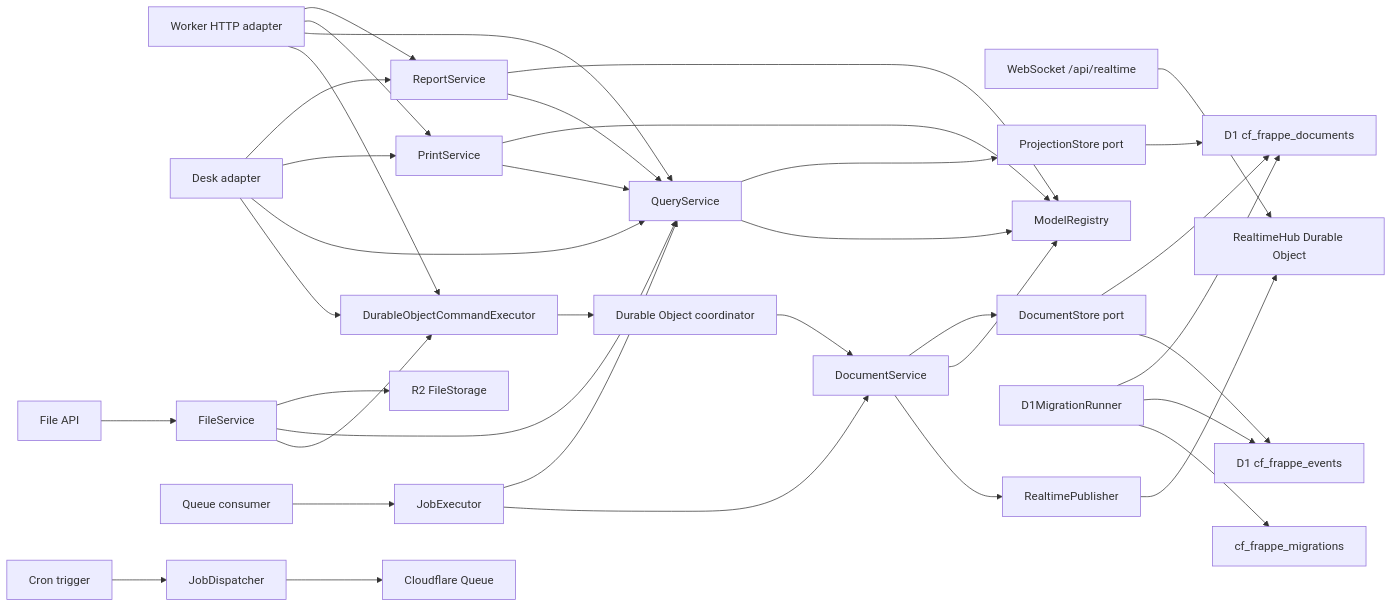
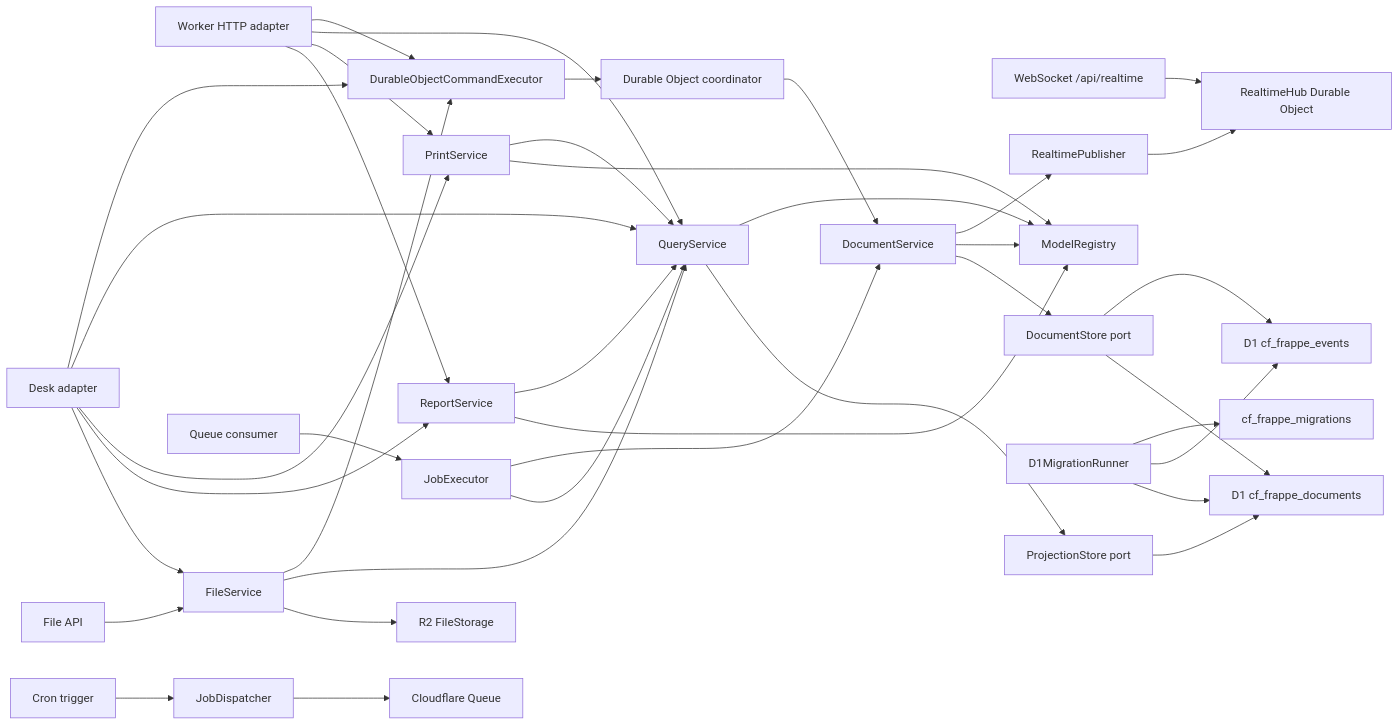
Before and after one commit to victor-develop/cf-frappe: the diagram in README.md, drawn with Mermaid. The commit also changed other lines of this file and 11 other files, not shown here.

````diff
--- a/README.md
+++ b/README.md
@@ -662,39 +666,40 @@
 ```mermaid
 flowchart LR
   HTTP["Worker HTTP adapter"] --> DOCLIENT["DurableObjectCommandExecutor"]
   DESK["Desk adapter"] --> DOCLIENT
   DESK --> QUERY
   DESK --> PRINTS
   DESK --> REPORTS
+  DESK --> FSVC
   CRON["Cron trigger"] --> JOBS["JobDispatcher"]
   QUEUE["Queue consumer"] --> EXEC["JobExecutor"]
   FILES["File API"] --> FSVC["FileService"]
   FSVC --> DOCLIENT
   FSVC --> QUERY
   FSVC --> R2["R2 FileStorage"]
   WS["WebSocket /api/realtime"] --> RTHUB["RealtimeHub Durable Object"]
   APP --> RT["RealtimePublisher"]
   RT --> RTHUB
   JOBS --> CFQ["Cloudflare Queue"]
   EXEC --> APP
   EXEC --> QUERY
   DOCLIENT --> DO["Durable Object coordinator"]
   DO --> APP["DocumentService"]
   HTTP --> QUERY["QueryService"]
   HTTP --> PRINTS["PrintService"]
   PRINTS --> QUERY
   PRINTS --> REG
   HTTP --> REPORTS["ReportService"]
   REPORTS --> QUERY
   REPORTS --> REG
   APP --> REG["ModelRegistry"]
   QUERY --> REG
   APP --> STORE["DocumentStore port"]
   MIG["D1MigrationRunner"] --> D1M["cf_frappe_migrations"]
   MIG --> D1E
   MIG --> D1P
   QUERY --> PS["ProjectionStore port"]
   STORE --> D1E["D1 cf_frappe_events"]
   STORE --> D1P["D1 cf_frappe_documents"]
   PS --> D1P
 ```
````
